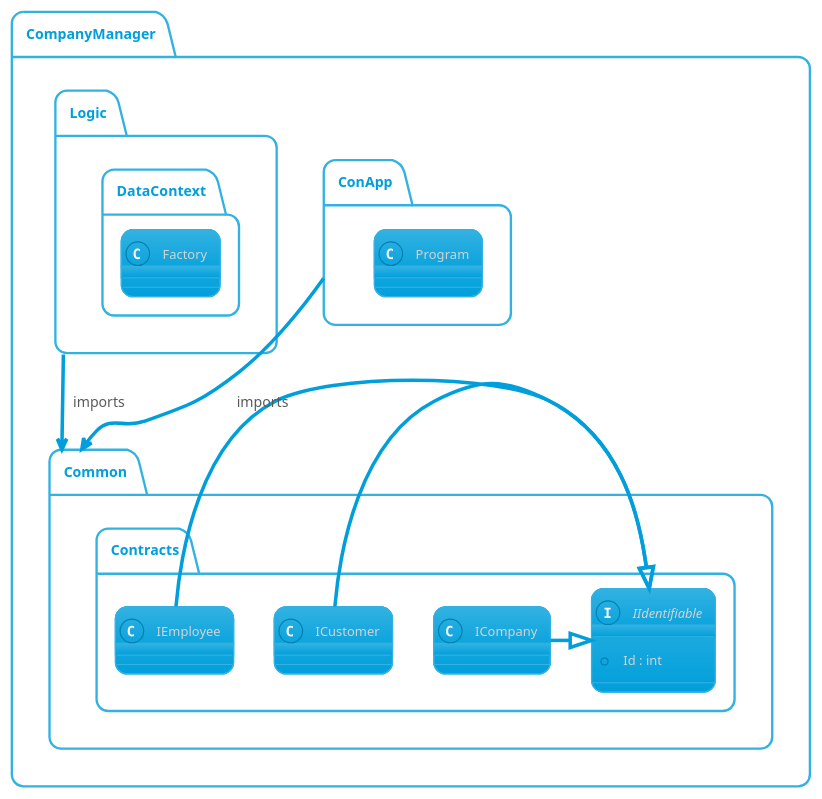
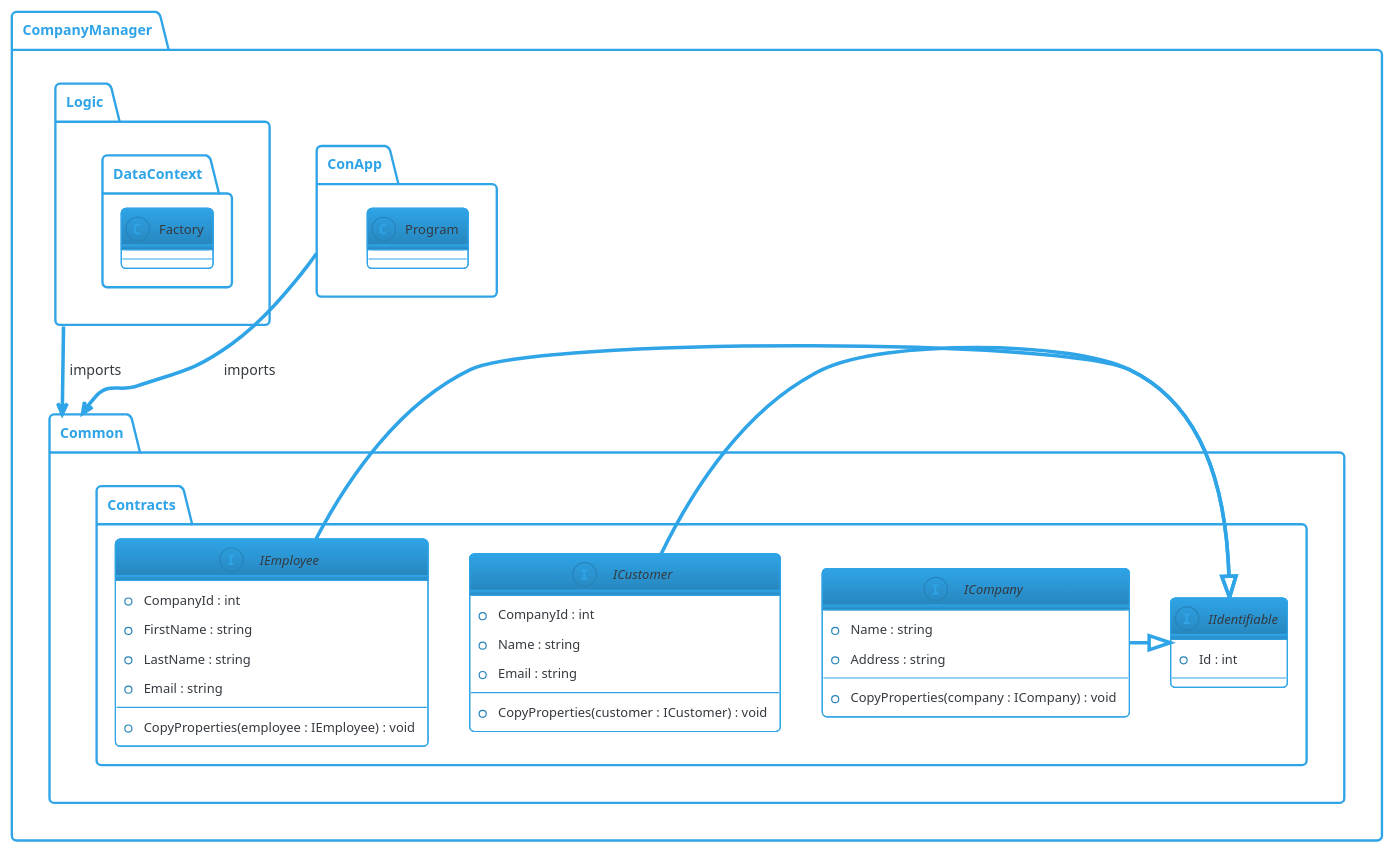
Before and after one commit to leoggehrer/CompanyManager-Template: the diagram in diagrams/systemstructure.puml, drawn with PlantUML.

```diff
--- a/diagrams/systemstructure.puml
+++ b/diagrams/systemstructure.puml
@@ -1,32 +1,53 @@
 @startuml systemstructure
-!theme bluegray
+!theme cerulean-outline
 skinparam packageStyle folder
 
 package CompanyManager.ConApp {
     class Program {
 
     }
 }
 
 package CompanyManager.Logic {
     package DataContext {
         class Factory {
 
         }
     }
 }
 
 package CompanyManager.Common {
     package Contracts {
         interface IIdentifiable {
             + Id : int
         }
+        interface ICompany {
+            + Name : string
+            + Address : string
+            ---
+            + CopyProperties(company : ICompany) : void
+        }
+        interface ICustomer {
+            + CompanyId : int
+            + Name : string
+            + Email : string
+            ---
+            + CopyProperties(customer : ICustomer) : void
+        }
+        interface IEmployee {
+            + CompanyId : int
+            + FirstName : string
+            + LastName : string
+            + Email : string
+            ---
+            + CopyProperties(employee : IEmployee) : void
+        }
         ICompany -|> IIdentifiable
         ICustomer -|> IIdentifiable
         IEmployee -|> IIdentifiable
     }
 }
 
 CompanyManager.Logic --> CompanyManager.Common : imports
 CompanyManager.ConApp --> CompanyManager.Common : imports
 @enduml
```
